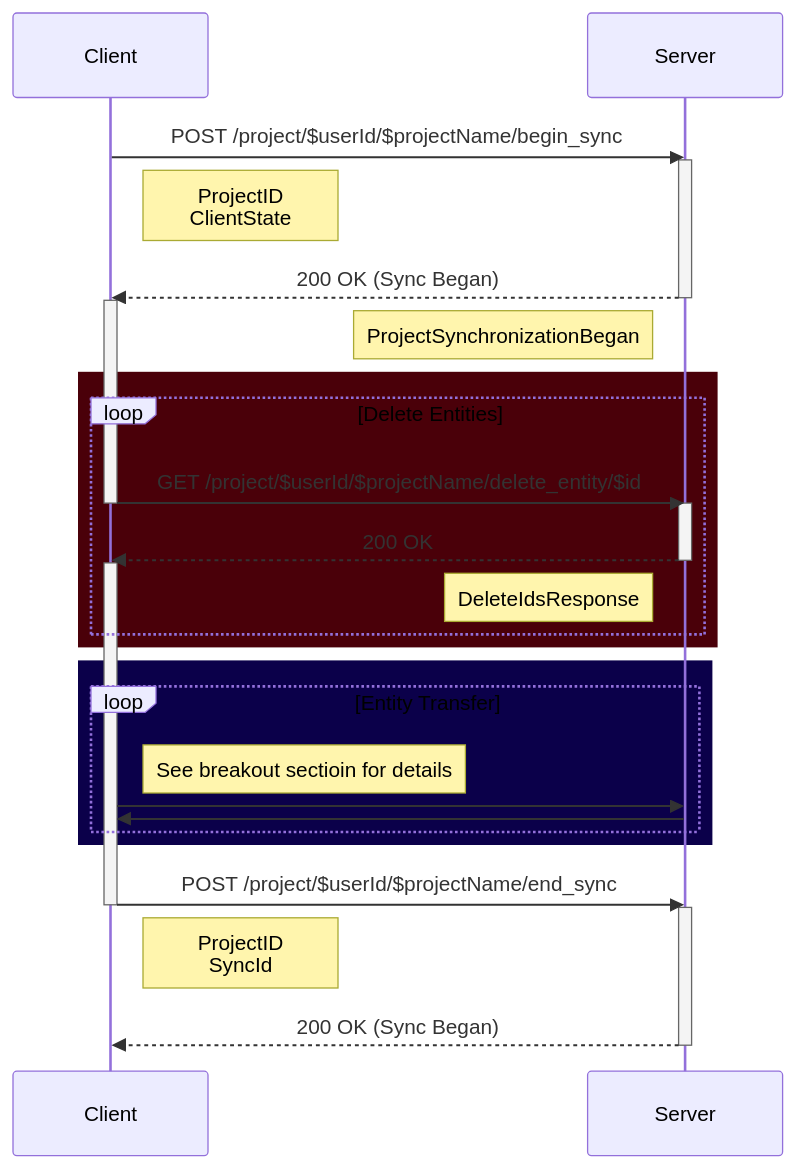
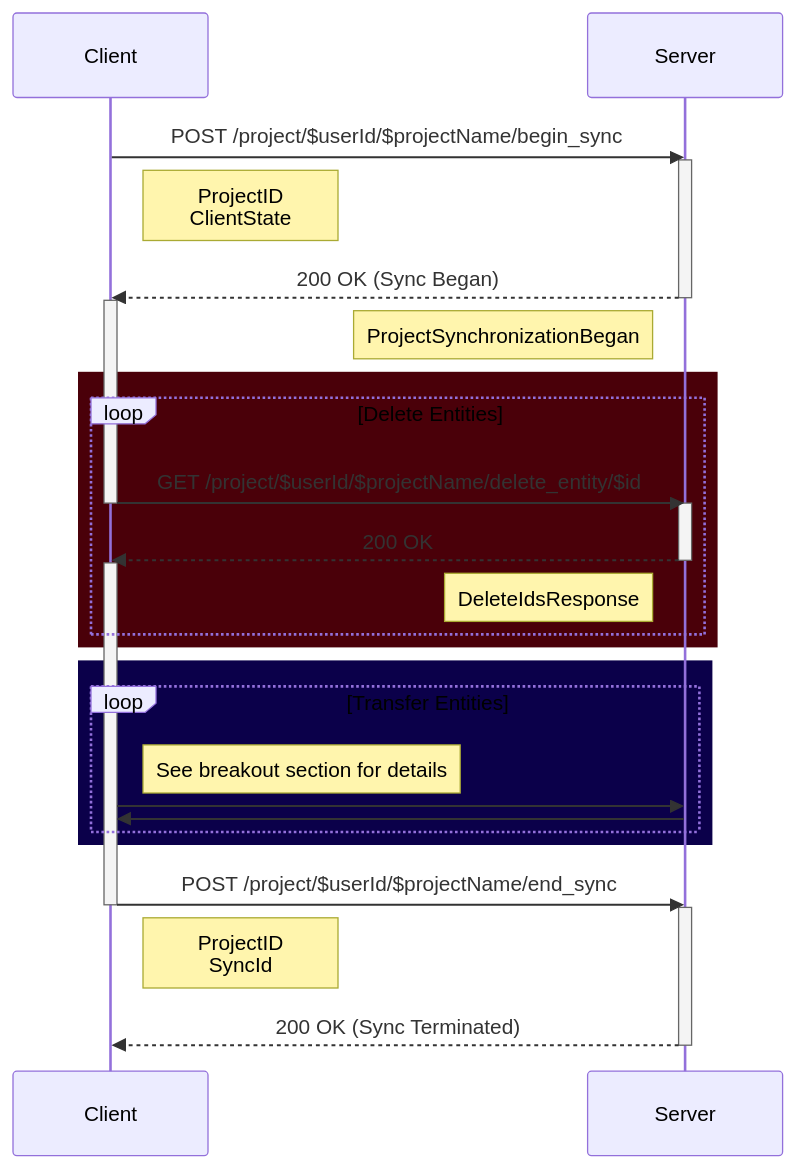
Before and after one commit to Darkrock-Studios/hammer-editor: the second of 6 diagrams in docs/SYNCING-PROTOCOL.md, drawn with Mermaid. The commit also changed other lines of this file, not shown here.

````diff
--- a/docs/SYNCING-PROTOCOL.md
+++ b/docs/SYNCING-PROTOCOL.md
@@ -155,43 +129,43 @@
 ```mermaid
 sequenceDiagram
     participant Client
     participant Server
 
     Client->>Server: POST /project/$userId/$projectName/begin_sync
 	activate Server
 	Note right of Client: ProjectID<br/>ClientState
 
 	Server -->> Client: 200 OK (Sync Began)
 	deactivate Server
 	activate Client
 	Note left of Server: ProjectSynchronizationBegan
 
     rect rgb(74, 0, 9)
         loop Delete Entities
             Client->>Server: GET /project/$userId/$projectName/delete_entity/$id
             deactivate Client
             activate Server
             
             Server -->> Client: 200 OK
             deactivate Server
             activate Client
             Note left of Server: DeleteIdsResponse
         end
     end
 
     rect rgb(11, 0, 74)
-        loop Entity Transfer
-        Note right of Client: See breakout sectioin for details
+        loop Transfer Entities
+        Note right of Client: See breakout section for details
             Client->>Server: 
             Server->>Client: 
         end
     end
 
     Client->>Server: POST /project/$userId/$projectName/end_sync
 	deactivate Client
 	activate Server
 	Note right of Client: ProjectID<br/>SyncId
-	Server -->> Client: 200 OK (Sync Began)
+	Server -->> Client: 200 OK (Sync Terminated)
 	deactivate Server
 	activate Client
 ```
````
